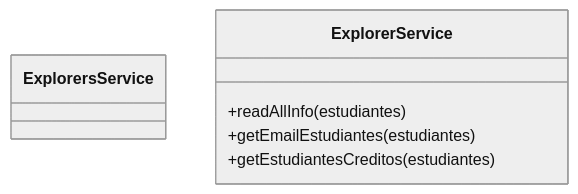
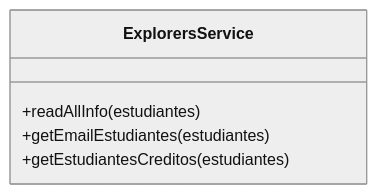
Before and after one commit to blu3ming/BackEnd-Semana-4-Code-Challenge: the second of 3 diagrams in README.md, drawn with Mermaid (neutral theme).

Commit message:
Diagrama de clases corregido

````diff
--- a/README.md
+++ b/README.md
@@ -35,7 +35,7 @@
 ```mermaid        
 classDiagram
     class ExplorersService
-    ExplorerService : +readAllInfo(estudiantes)
-    ExplorerService : +getEmailEstudiantes(estudiantes)
-    ExplorerService : +getEstudiantesCreditos(estudiantes)
+    ExplorersService : +readAllInfo(estudiantes)
+    ExplorersService : +getEmailEstudiantes(estudiantes)
+    ExplorersService : +getEstudiantesCreditos(estudiantes)
 ```
````
